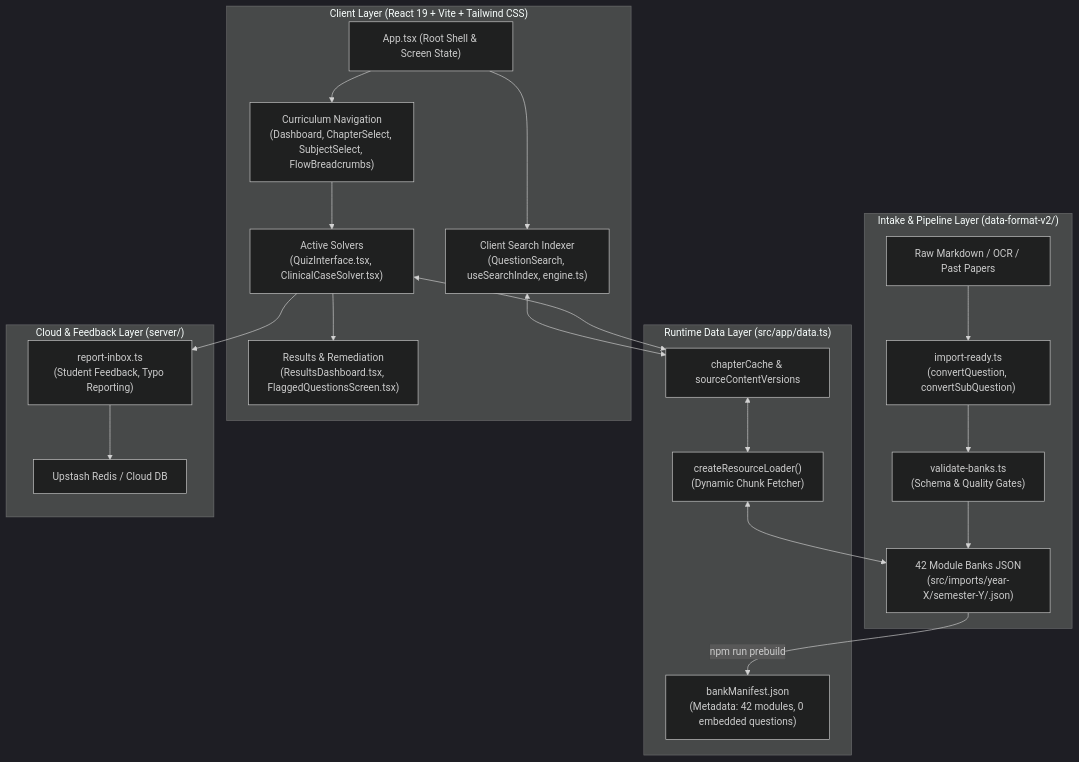
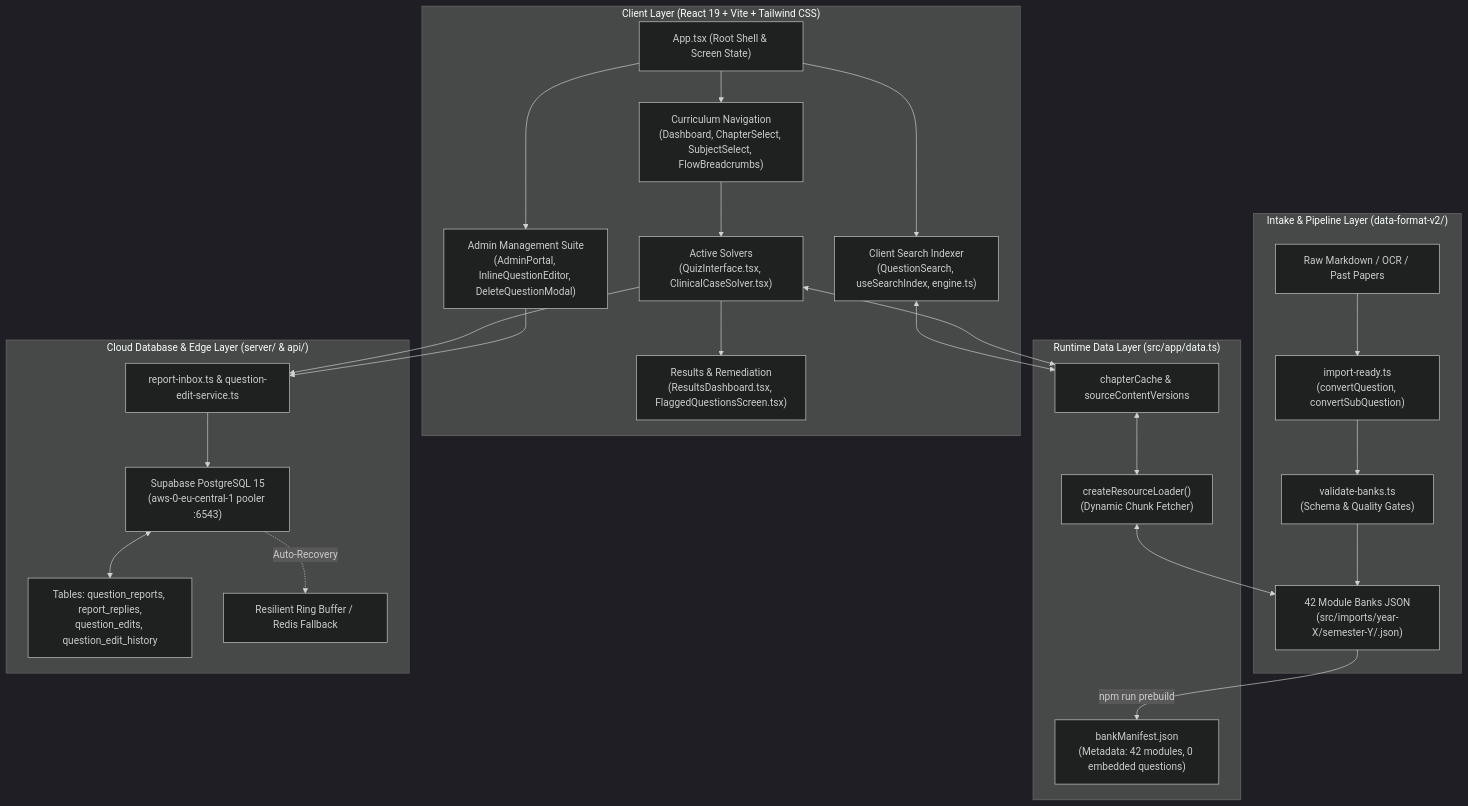
Before and after one commit to ohossa/ASU-Medicine: the diagram in docs/ARCHITECTURE_ENCYCLOPEDIA.md, drawn with Mermaid (dark theme). The commit also changed other lines of this file and 321 other files, not shown here.

Commit message:
docs(graphify): update knowledge graph to 7,993 nodes and synchronize architectural encyclopedia with Supabase and deletion lifecycle

````diff
--- a/docs/ARCHITECTURE_ENCYCLOPEDIA.md
+++ b/docs/ARCHITECTURE_ENCYCLOPEDIA.md
@@ -26,35 +26,41 @@
 ```mermaid
 flowchart TD
     subgraph Client ["Client Layer (React 19 + Vite + Tailwind CSS)"]
         App["App.tsx (Root Shell & Screen State)"]
         Nav["Curriculum Navigation<br/>(Dashboard, ChapterSelect, SubjectSelect, FlowBreadcrumbs)"]
         Search["Client Search Indexer<br/>(QuestionSearch, useSearchIndex, engine.ts)"]
         Solvers["Active Solvers<br/>(QuizInterface.tsx, ClinicalCaseSolver.tsx)"]
+        Admin["Admin Management Suite<br/>(AdminPortal, InlineQuestionEditor, DeleteQuestionModal)"]
         Dash["Results & Remediation<br/>(ResultsDashboard.tsx, FlaggedQuestionsScreen.tsx)"]
     end
 
     subgraph RuntimeData ["Runtime Data Layer (src/app/data.ts)"]
         Manifest["bankManifest.json<br/>(Metadata: 42 modules, 0 embedded questions)"]
         Loader["createResourceLoader()<br/>(Dynamic Chunk Fetcher)"]
         Cache["chapterCache & sourceContentVersions"]
     end
 
     subgraph IntakePipeline ["Intake & Pipeline Layer (data-format-v2/)"]
         Raw["Raw Markdown / OCR / Past Papers"]
         IR["import-ready.ts<br/>(convertQuestion, convertSubQuestion)"]
         VB["validate-banks.ts<br/>(Schema & Quality Gates)"]
         Banks["42 Module Banks JSON<br/>(src/imports/year-X/semester-Y/<MODULE>.json)"]
     end
 
-    subgraph Serverless ["Cloud & Feedback Layer (server/)"]
-        Redis["Upstash Redis / Cloud DB"]
-        Inbox["report-inbox.ts<br/>(Student Feedback, Typo Reporting)"]
+    subgraph CloudLayer ["Cloud Database & Edge Layer (server/ & api/)"]
+        Supabase["Supabase PostgreSQL 15<br/>(aws-0-eu-central-1 pooler :6543)"]
+        Tables["Tables: question_reports, report_replies,<br/>question_edits, question_edit_history"]
+        Fallback["Resilient Ring Buffer / Redis Fallback"]
+        Inbox["report-inbox.ts & question-edit-service.ts"]
     end
 
     Raw --> IR --> VB --> Banks
     Banks -->|npm run prebuild| Manifest
     App --> Nav --> Solvers --> Dash
+    App --> Admin --> Inbox
     Solvers <--> Cache <--> Loader <--> Banks
-    Solvers --> Inbox --> Redis
+    Solvers --> Inbox --> Supabase
+    Supabase <--> Tables
+    Supabase -.->|Auto-Recovery| Fallback
     App --> Search <--> Cache
 ```
````
